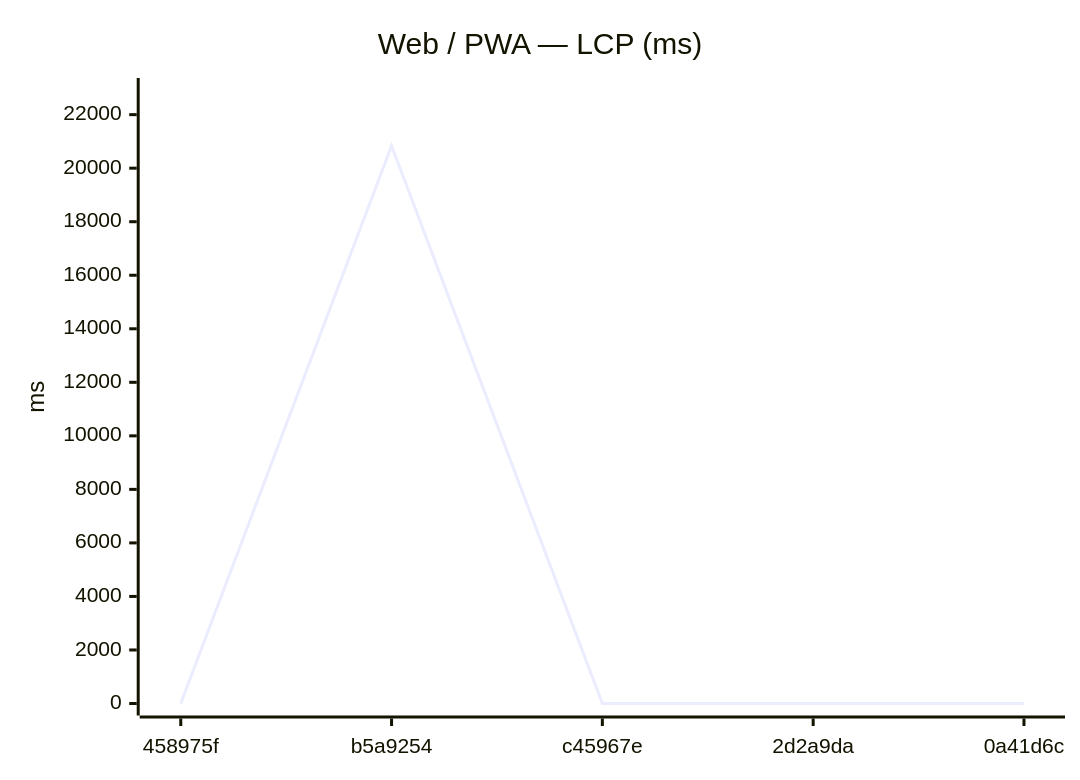
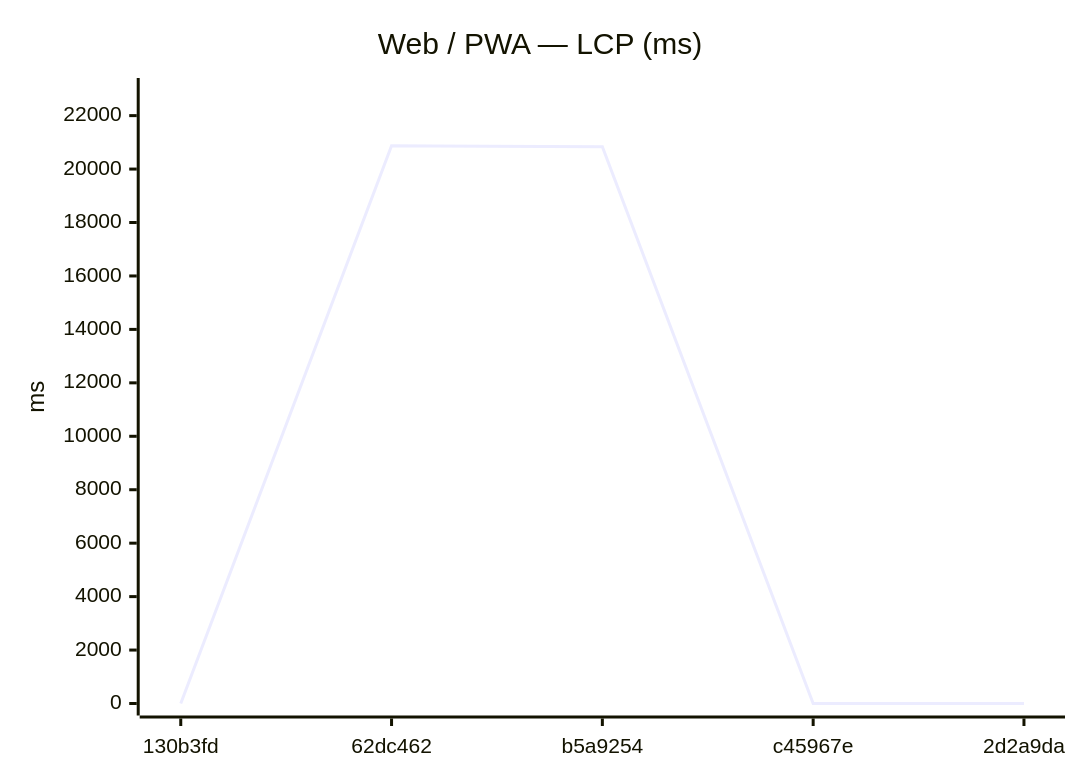
One commit to Metaheurist/Rianell changed the seventh of 18 diagrams in benchmarks/compare.md. Above: the diagram before and after it, drawn with Mermaid. The commit also changed other lines of this file and 11 other files, not shown here.

````diff
--- a/benchmarks/compare.md
+++ b/benchmarks/compare.md
@@ -117,7 +117,7 @@
 ```mermaid
 xychart-beta
     title "Web / PWA — LCP (ms)"
-    x-axis ["458975f", "b5a9254", "c45967e", "2d2a9da", "0a41d6c"]
-    y-axis "ms" 0 --> 22921
-    line [0, 20837, 0, 0, 0]
+    x-axis ["130b3fd", "62dc462", "b5a9254", "c45967e", "2d2a9da"]
+    y-axis "ms" 0 --> 22959
+    line [0, 20871, 20837, 0, 0]
 ```
````
